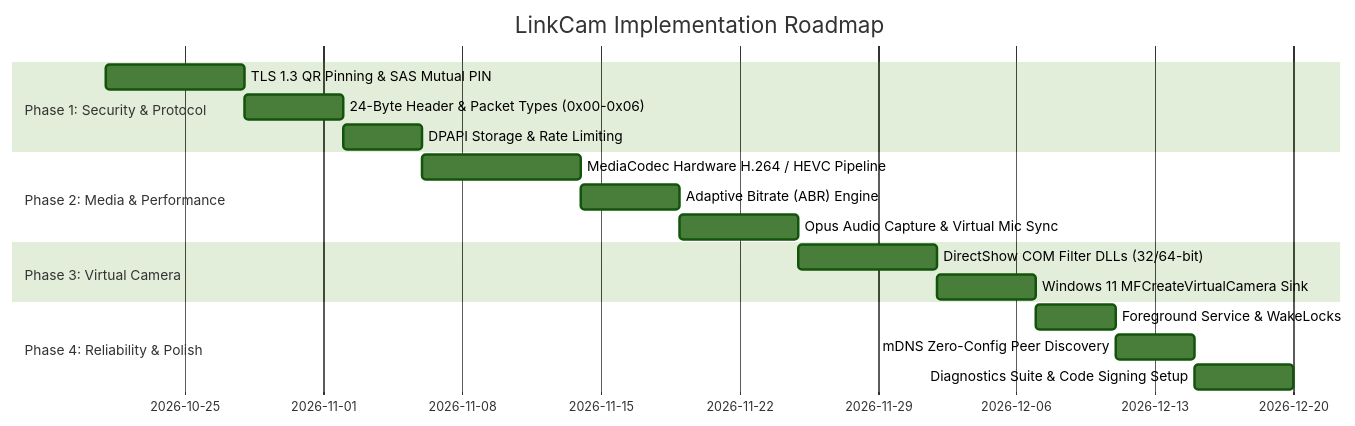
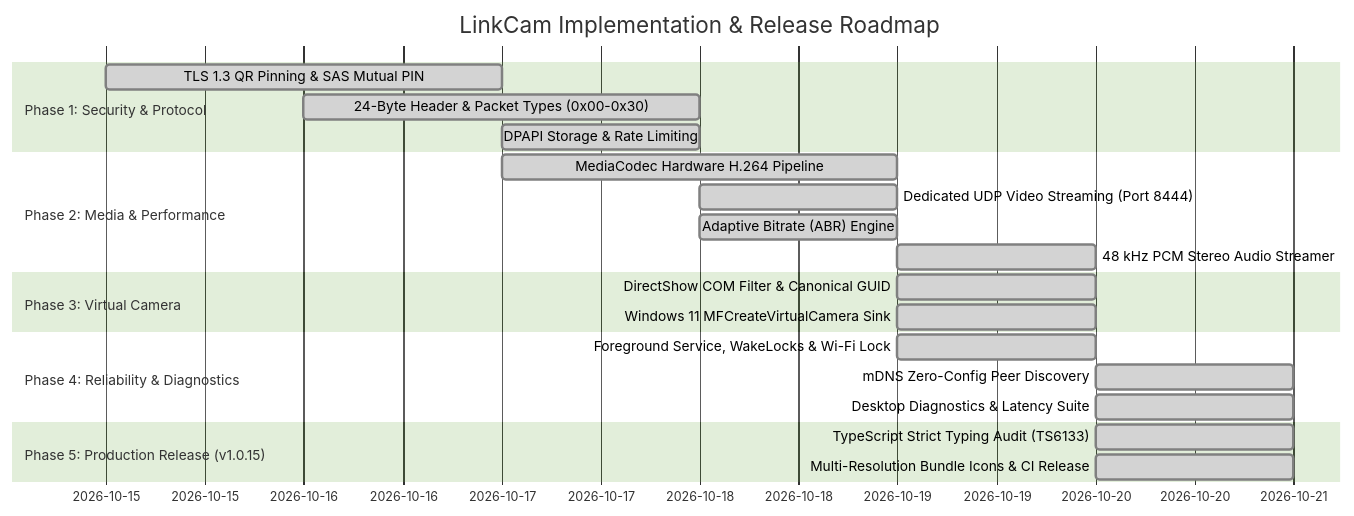
Before and after one commit to Aniketkumar-01/LinkCam: the fifth of 5 diagrams in SYSTEM_ARCHITECTURE_AND_SPECIFICATION.md, drawn with Mermaid (forest theme). The commit also changed other lines of this file and 16 other files, not shown here.

Commit message:
fix(desktop): resolve DPAPI CRYPT_INTEGER_BLOB compilation and clean warnings (v1.0.16)

````diff
--- a/SYSTEM_ARCHITECTURE_AND_SPECIFICATION.md
+++ b/SYSTEM_ARCHITECTURE_AND_SPECIFICATION.md
@@ -461,20 +481,24 @@
 ```mermaid
 gantt
-    title LinkCam Implementation Roadmap
+    title LinkCam Implementation & Release Roadmap
     dateFormat  YYYY-MM-DD
     section Phase 1: Security & Protocol
-    TLS 1.3 QR Pinning & SAS Mutual PIN        :p1_1, 2026-10-21, 7d
-    24-Byte Header & Packet Types (0x00-0x06)  :p1_2, after p1_1, 5d
-    DPAPI Storage & Rate Limiting              :p1_3, after p1_2, 4d
+    TLS 1.3 QR Pinning & SAS Mutual PIN        :done, p1_1, 2026-10-15, 2d
+    24-Byte Header & Packet Types (0x00-0x30)  :done, p1_2, 2026-10-16, 2d
+    DPAPI Storage & Rate Limiting              :done, p1_3, 2026-10-17, 1d
     section Phase 2: Media & Performance
-    MediaCodec Hardware H.264 / HEVC Pipeline :p2_1, after p1_3, 8d
-    Adaptive Bitrate (ABR) Engine             :p2_2, after p2_1, 5d
-    Opus Audio Capture & Virtual Mic Sync      :p2_3, after p2_2, 6d
+    MediaCodec Hardware H.264 Pipeline         :done, p2_1, 2026-10-17, 2d
+    Dedicated UDP Video Streaming (Port 8444)  :done, p2_2, 2026-10-18, 1d
+    Adaptive Bitrate (ABR) Engine              :done, p2_3, 2026-10-18, 1d
+    48 kHz PCM Stereo Audio Streamer           :done, p2_4, 2026-10-19, 1d
     section Phase 3: Virtual Camera
-    DirectShow COM Filter DLLs (32/64-bit)    :p3_1, after p2_3, 7d
-    Windows 11 MFCreateVirtualCamera Sink     :p3_2, after p3_1, 5d
-    section Phase 4: Reliability & Polish
-    Foreground Service & WakeLocks            :p4_1, after p3_2, 4d
-    mDNS Zero-Config Peer Discovery           :p4_2, after p4_1, 4d
-    Diagnostics Suite & Code Signing Setup    :p4_3, after p4_2, 5d
+    DirectShow COM Filter & Canonical GUID     :done, p3_1, 2026-10-19, 1d
+    Windows 11 MFCreateVirtualCamera Sink      :done, p3_2, 2026-10-19, 1d
+    section Phase 4: Reliability & Diagnostics
+    Foreground Service, WakeLocks & Wi-Fi Lock :done, p4_1, 2026-10-19, 1d
+    mDNS Zero-Config Peer Discovery            :done, p4_2, 2026-10-20, 1d
+    Desktop Diagnostics & Latency Suite        :done, p4_3, 2026-10-20, 1d
+    section Phase 5: Production Release (v1.0.15)
+    TypeScript Strict Typing Audit (TS6133)    :done, p5_1, 2026-10-20, 1d
+    Multi-Resolution Bundle Icons & CI Release :done, p5_2, 2026-10-20, 1d
 ```
````
